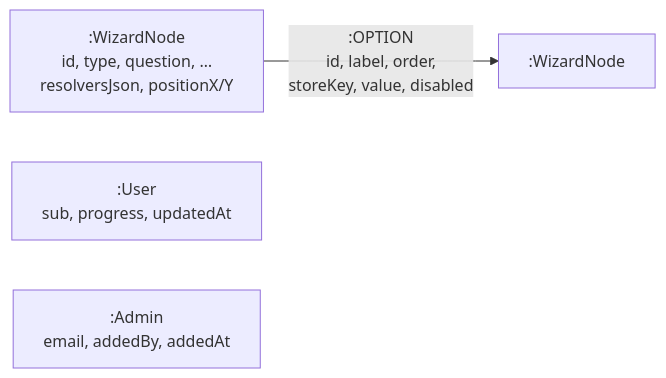
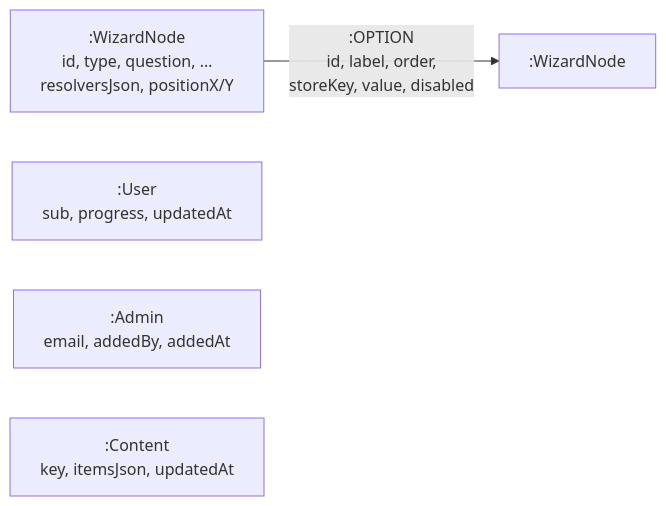
One commit to INFERable-app/USCCF-digital-planning-tool changed the diagram in docs/data-model.md. Above: the diagram before and after it, drawn with Mermaid. The commit also changed other lines of this file and 26 other files, not shown here.

````diff
--- a/docs/data-model.md
+++ b/docs/data-model.md
@@ -24,8 +24,9 @@
 ```mermaid
 flowchart LR
     WN1[":WizardNode<br/>id, type, question, …<br/>resolversJson, positionX/Y"]
     WN2[":WizardNode"]
     WN1 -- ":OPTION<br/>id, label, order,<br/>storeKey, value, disabled" --> WN2
     U[":User<br/>sub, progress, updatedAt"]
     A[":Admin<br/>email, addedBy, addedAt"]
+    C[":Content<br/>key, itemsJson, updatedAt"]
 ```
````
